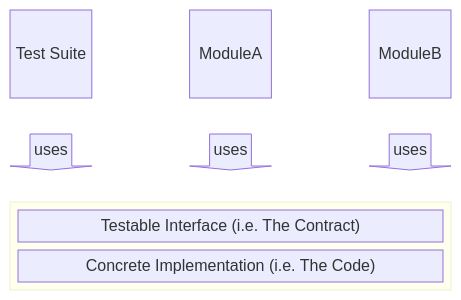
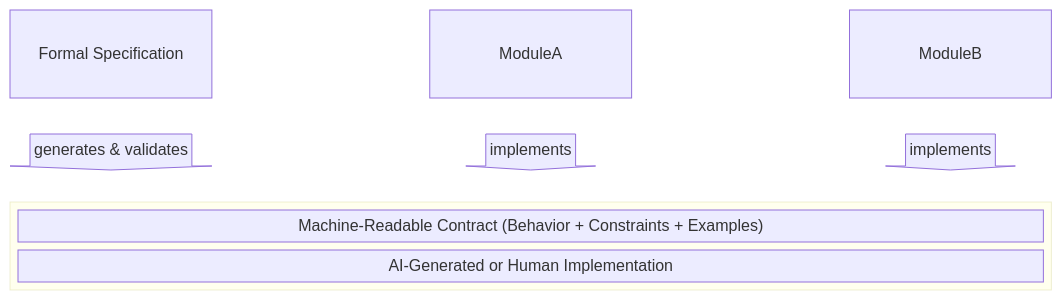
One commit to kartikg33/tidd changed the diagram in README.md. Above: the diagram before and after it, drawn with Mermaid. The commit also changed other lines of this file and 9 other files, not shown here.

Commit message:
Evolve TIDD to SDD with MCP as testable interface contracts

````diff
--- a/README.md
+++ b/README.md
@@ -3,11 +6,11 @@
 ```mermaid
 block-beta
     columns 5
-    test["Test Suite"] space ModuleA space ModuleB
-    arrow1<["uses"]>(down) space arrow2<["uses"]>(down) space arrow3<["uses"]>(down) 
+    spec["Formal Specification"] space ModuleA space ModuleB
+    arrow1<["generates & validates"]>(down) space arrow2<["implements"]>(down) space arrow3<["implements"]>(down) 
     block:module:5
         columns 1
-        interface["Testable Interface (i.e. The Contract)"]
-        impl["Concrete Implementation (i.e. The Code)"]
+        contract["Machine-Readable Contract (Behavior + Constraints + Examples)"]
+        impl["AI-Generated or Human Implementation"]
     end
 ```
````
